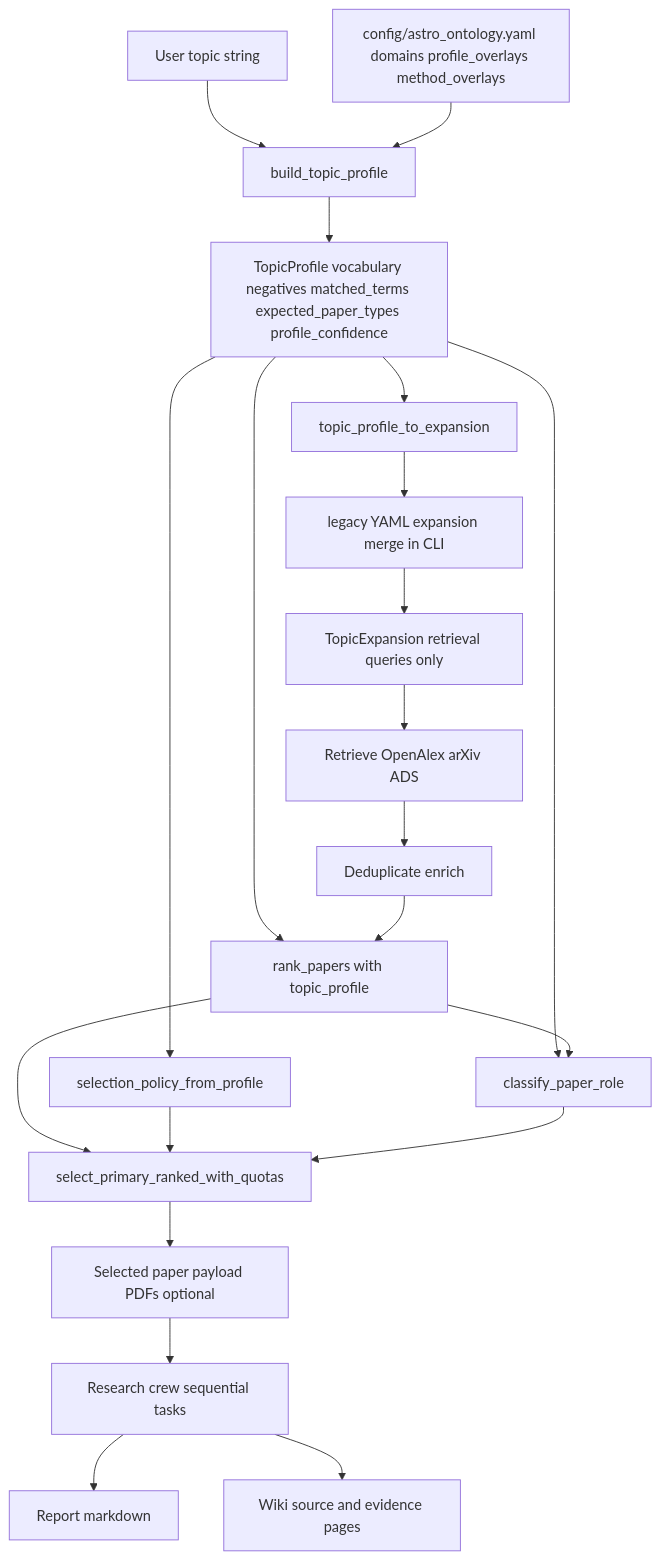
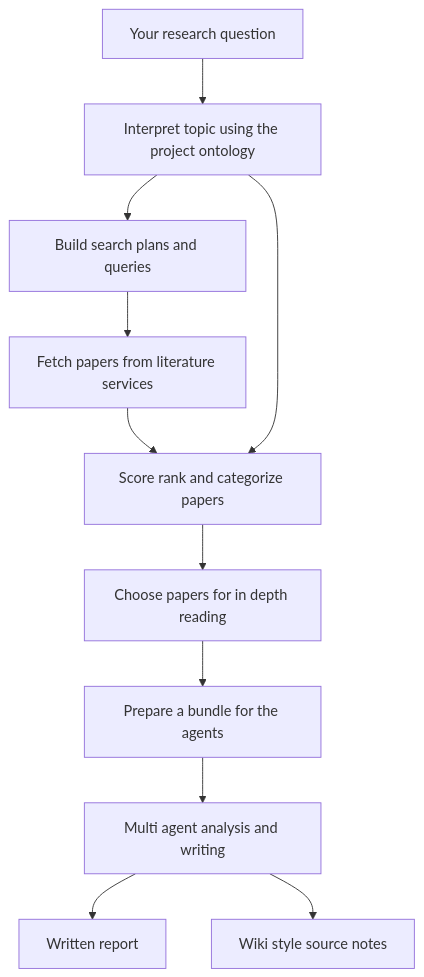
Before and after one commit to panchambanerjee/astro-research-assistant: the first of 3 diagrams in README.md, drawn with Mermaid. The commit also changed other lines of this file and 8 other files, not shown here.

Commit message:
Improved role-aware selection

````diff
--- a/README.md
+++ b/README.md
@@ -198,25 +198,14 @@
 ```mermaid
 flowchart TD
-    UserTopic[User topic string]
-    UserTopic --> Profiler[build_topic_profile]
-    Ontology[config/astro_ontology.yaml domains profile_overlays method_overlays]
-    Ontology --> Profiler
-    Profiler --> Profile[TopicProfile vocabulary negatives matched_terms expected_paper_types profile_confidence]
-    Profile --> QGen[topic_profile_to_expansion]
-    Profile --> Rank[rank_papers with topic_profile]
-    Profile --> Policy[selection_policy_from_profile]
-    Profile --> Roles[classify_paper_role]
-    QGen --> Legacy[legacy YAML expansion merge in CLI]
-    Legacy --> Expansion[TopicExpansion retrieval queries only]
-    Expansion --> Retrieval[Retrieve OpenAlex arXiv ADS]
-    Retrieval --> Dedup[Deduplicate enrich]
-    Dedup --> Rank
-    Rank --> Roles
-    Rank --> Select[select_primary_ranked_with_quotas]
-    Policy --> Select
-    Roles --> Select
-    Select --> Payload[Selected paper payload PDFs optional]
-    Payload --> Crew[Research crew sequential tasks]
-    Crew --> Report[Report markdown]
-    Crew --> Wiki[Wiki source and evidence pages]
+    Q[Your research question]
+    Q --> Interpret[Interpret topic using the project ontology]
+    Interpret --> Plan[Build search plans and queries]
+    Plan --> Fetch[Fetch papers from literature services]
+    Fetch --> Score[Score rank and categorize papers]
+    Interpret --> Score
+    Score --> Pick[Choose papers for in depth reading]
+    Pick --> Pack[Prepare a bundle for the agents]
+    Pack --> Agents[Multi agent analysis and writing]
+    Agents --> Report[Written report]
+    Agents --> Wiki[Wiki style source notes]
 ```
````
